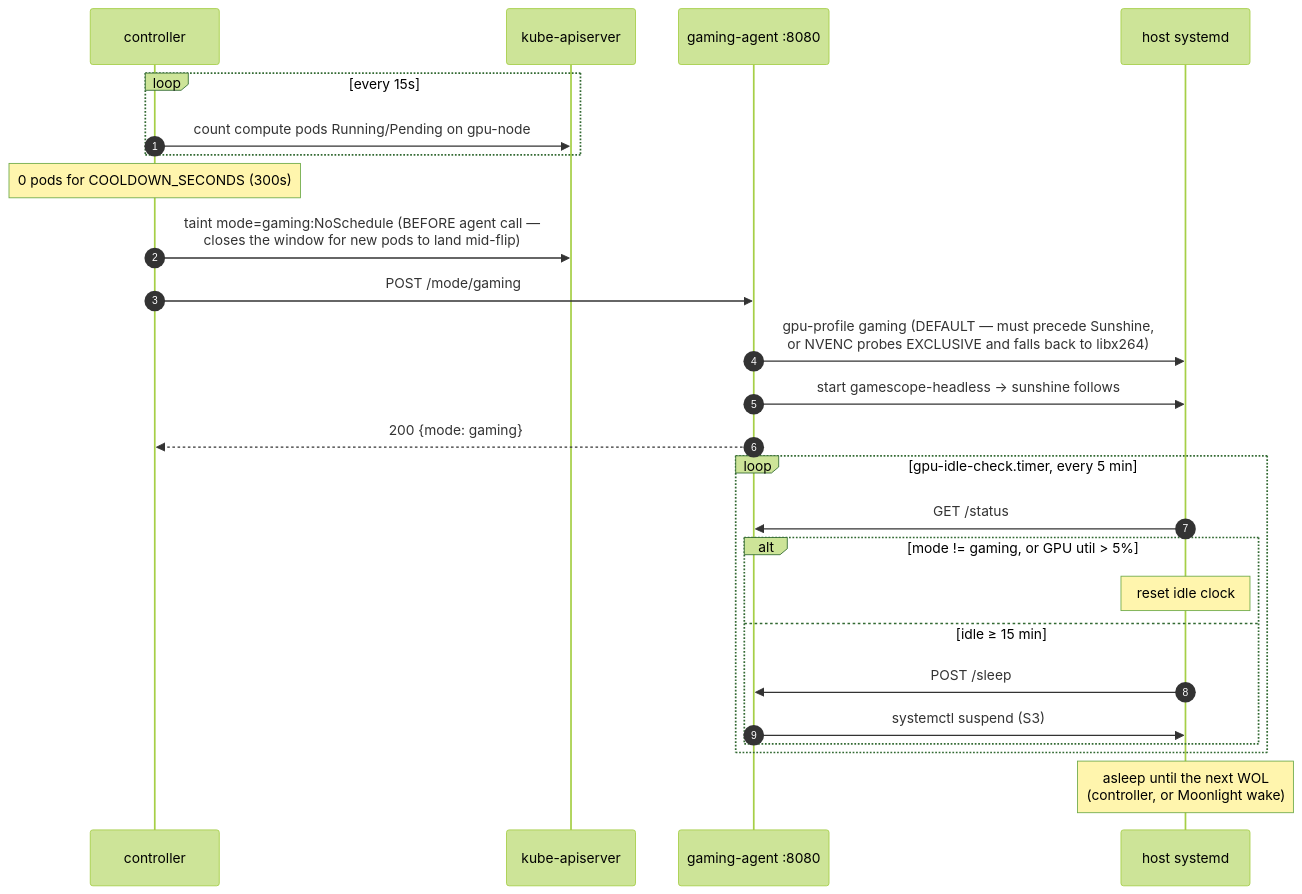
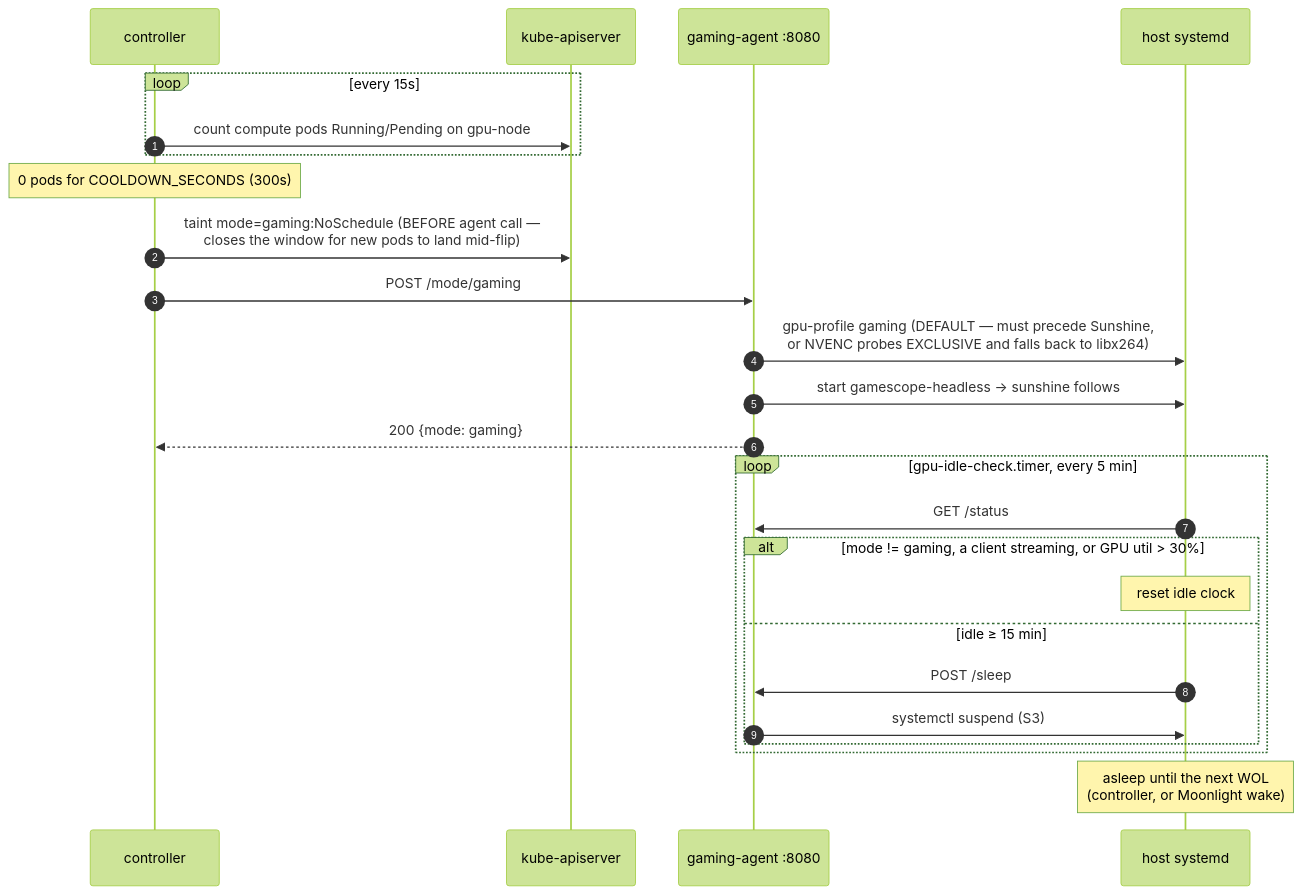
One commit to kaievns/gpu-node changed the second of 3 diagrams in docs/architecture.md. Above: the diagram before and after it, drawn with Mermaid (forest theme). The commit also changed 5 other files, not shown here.

First line of the commit message:
Idle suspend keys off streaming, not GPU util; fix streaming_active

````diff
--- a/docs/architecture.md
+++ b/docs/architecture.md
@@ -163,29 +163,29 @@
 ```mermaid
 sequenceDiagram
     autonumber
     participant C as controller
     participant K as kube-apiserver
     participant A as gaming-agent :8080
     participant H as host systemd
 
     loop every 15s
         C->>K: count compute pods Running/Pending on gpu-node
     end
     Note over C: 0 pods for COOLDOWN_SECONDS (300s)
     C->>K: taint mode=gaming:NoSchedule (BEFORE agent call —<br/>closes the window for new pods to land mid-flip)
     C->>A: POST /mode/gaming
     A->>H: gpu-profile gaming (DEFAULT — must precede Sunshine,<br/>or NVENC probes EXCLUSIVE and falls back to libx264)
     A->>H: start gamescope-headless → sunshine follows
     A-->>C: 200 {mode: gaming}
 
     loop gpu-idle-check.timer, every 5 min
         H->>A: GET /status
-        alt mode != gaming, or GPU util > 5%
+        alt mode != gaming, a client streaming, or GPU util > 30%
             Note over H: reset idle clock
         else idle ≥ 15 min
             H->>A: POST /sleep
             A->>H: systemctl suspend (S3)
         end
     end
     Note over H: asleep until the next WOL<br/>(controller, or Moonlight wake)
 ```
````
